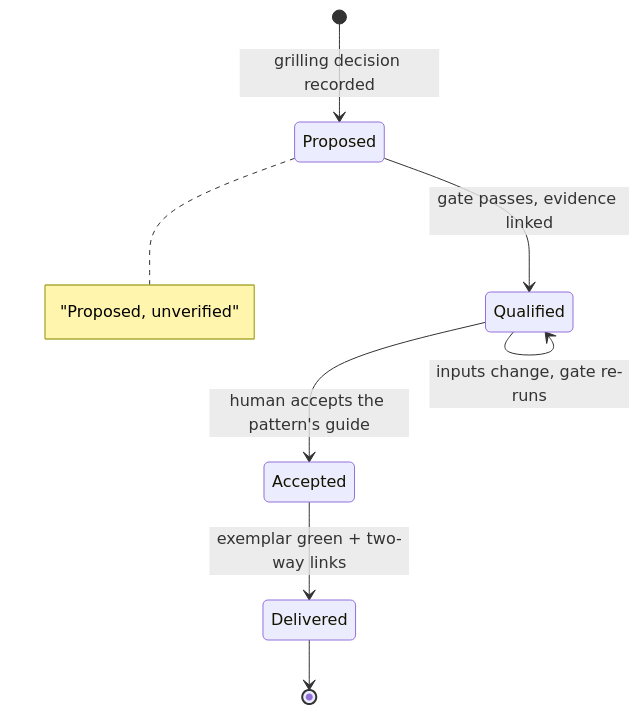
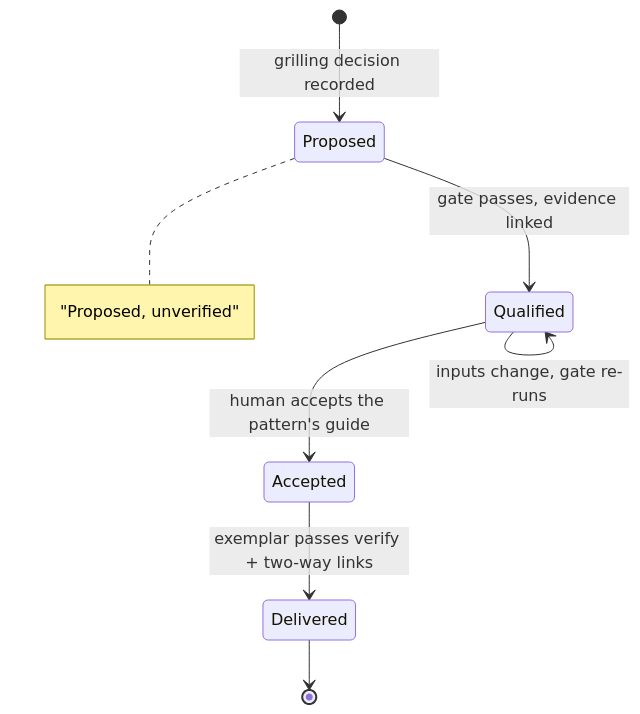
The second of 3 diagrams in apps/docs/src/content/docs/index.mdx (pietgk/viviefs), drawn with Mermaid before and after one commit. The commit also changed other lines of this file and 171 other files, not shown here.

````diff
--- a/apps/docs/src/content/docs/index.mdx
+++ b/apps/docs/src/content/docs/index.mdx
@@ -82,10 +82,10 @@
 ```mermaid
 stateDiagram-v2
   [*] --> Proposed: grilling decision recorded
   Proposed --> Qualified: gate passes, evidence linked
   Qualified --> Qualified: inputs change, gate re-runs
   Qualified --> Accepted: human accepts the pattern's guide
-  Accepted --> Delivered: exemplar green + two-way links
+  Accepted --> Delivered: exemplar passes verify + two-way links
   Delivered --> [*]
   note right of Proposed: "Proposed, unverified"
 ```
````
